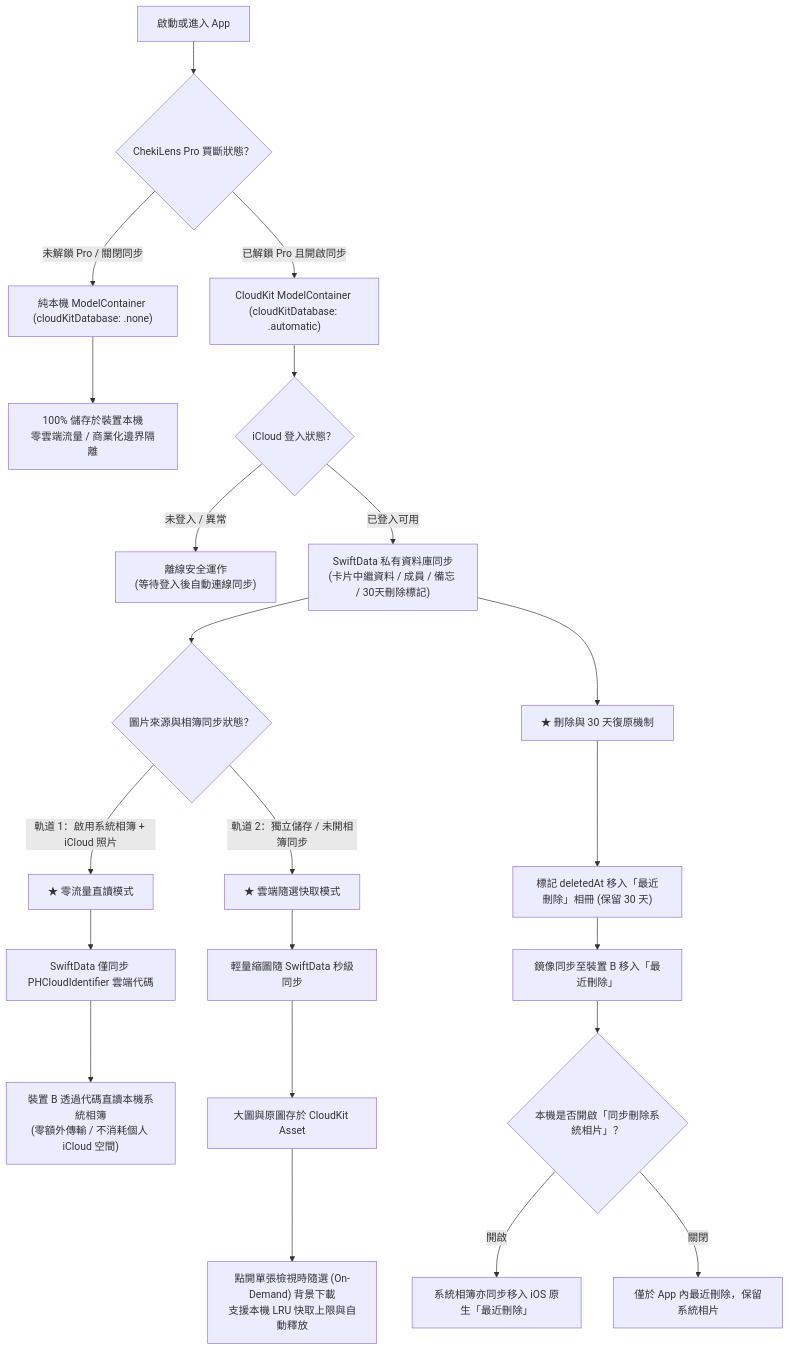
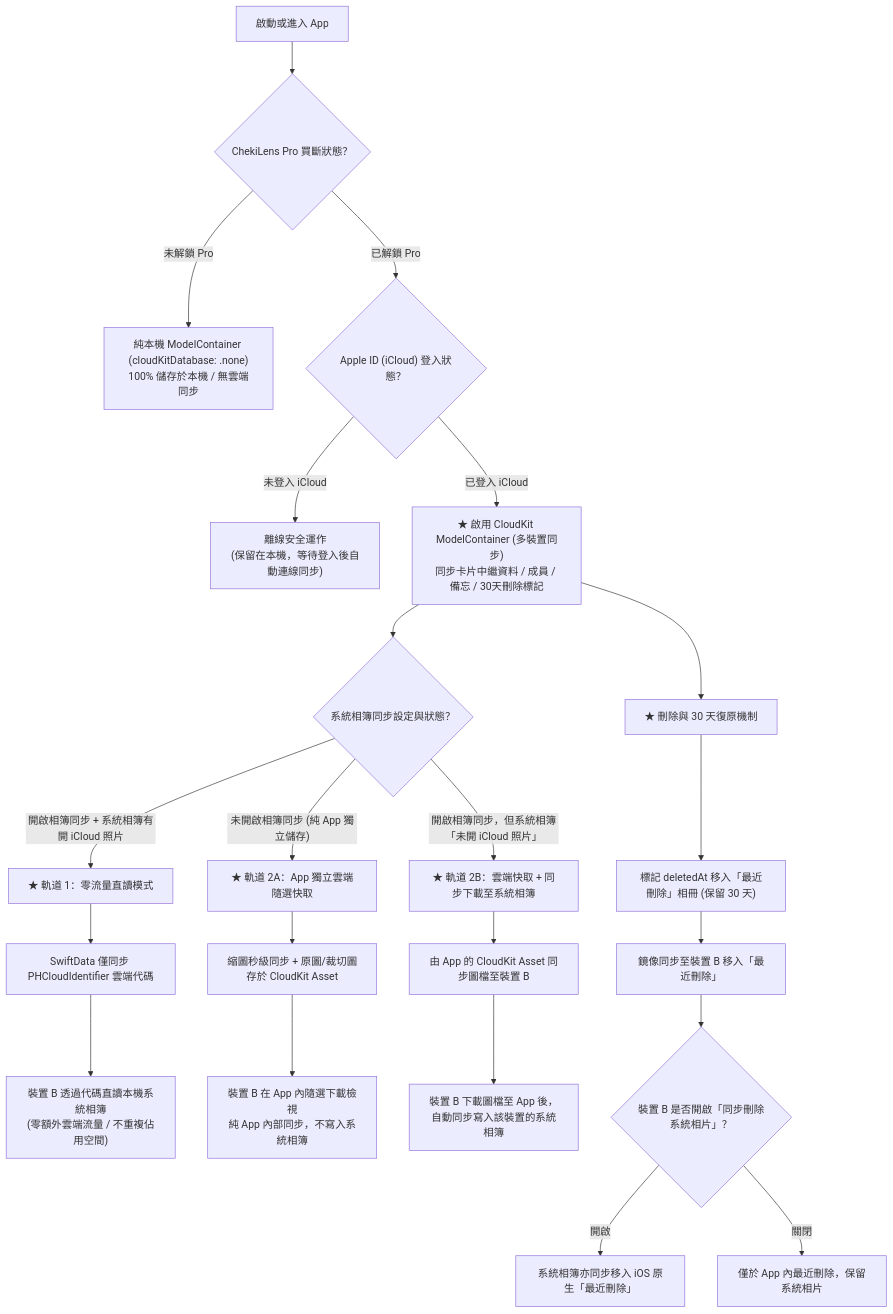
Before and after one commit to wangtc07/cheki-lens: the diagram in docs/ICLOUD_SYNC_ROADMAP.md, drawn with Mermaid. The commit also changed other lines of this file and 1 other file, not shown here.

Commit message:
docs: 修正多裝置同步圖檔雙軌分支（純App內部同步與未開iCloud照片時下載至相簿）

````diff
--- a/docs/ICLOUD_SYNC_ROADMAP.md
+++ b/docs/ICLOUD_SYNC_ROADMAP.md
@@ -10,31 +10,33 @@
 ```mermaid
 flowchart TD
     Start["啟動或進入 App"] --> CheckPro{"ChekiLens Pro 買斷狀態？"}
 
-    CheckPro -->|"未解鎖 Pro / 關閉同步"| LocalStore["純本機 ModelContainer (cloudKitDatabase: .none)"]
-    LocalStore --> LocalOnly["100% 儲存於裝置本機<br/>零雲端流量 / 商業化邊界隔離"]
+    CheckPro -->|"未解鎖 Pro"| FreeLocal["純本機 ModelContainer (cloudKitDatabase: .none)<br/>100% 儲存於本機 / 無雲端同步"]
 
-    CheckPro -->|"已解鎖 Pro 且開啟同步"| CloudStore["CloudKit ModelContainer (cloudKitDatabase: .automatic)"]
-    CloudStore --> CheckiCloud{"iCloud 登入狀態？"}
-    
-    CheckiCloud -->|"未登入 / 異常"| OfflineFallback["離線安全運作<br/>(等待登入後自動連線同步)"]
-    CheckiCloud -->|"已登入可用"| SwiftDataSync["SwiftData 私有資料庫同步<br/>(卡片中繼資料 / 成員 / 備忘 / 30天刪除標記)"]
+    CheckPro -->|"已解鎖 Pro"| CheckiCloud{"Apple ID (iCloud) 登入狀態？"}
 
-    SwiftDataSync --> CheckTrack{"圖片來源與相簿同步狀態？"}
+    CheckiCloud -->|"未登入 iCloud"| ProOffline["離線安全運作<br/>(保留在本機，等待登入後自動連線同步)"]
 
-    CheckTrack -->|"軌道 1：啟用系統相簿 + iCloud 照片"| Track1["★ 零流量直讀模式"]
+    CheckiCloud -->|"已登入 iCloud"| SwiftDataSync["★ 啟用 CloudKit ModelContainer (多裝置同步)<br/>同步卡片中繼資料 / 成員 / 備忘 / 30天刪除標記"]
+
+    SwiftDataSync --> CheckPhotoSync{"系統相簿同步設定與狀態？"}
+
+    CheckPhotoSync -->|"開啟相簿同步 + 系統相簿有開 iCloud 照片"| Track1["★ 軌道 1：零流量直讀模式"]
     Track1 --> T1_1["SwiftData 僅同步 PHCloudIdentifier 雲端代碼"]
-    T1_1 --> T1_2["裝置 B 透過代碼直讀本機系統相簿<br/>(零額外傳輸 / 不消耗個人 iCloud 空間)"]
+    T1_1 --> T1_2["裝置 B 透過代碼直讀本機系統相簿<br/>(零額外雲端流量 / 不重複佔用空間)"]
 
-    CheckTrack -->|"軌道 2：獨立儲存 / 未開相簿同步"| Track2["★ 雲端隨選快取模式"]
-    Track2 --> T2_1["輕量縮圖隨 SwiftData 秒級同步"]
-    T2_1 --> T2_2["大圖與原圖存於 CloudKit Asset"]
-    T2_2 --> T2_3["點開單張檢視時隨選 (On-Demand) 背景下載<br/>支援本機 LRU 快取上限與自動釋放"]
+    CheckPhotoSync -->|"未開啟相簿同步 (純 App 獨立儲存)"| Track2A["★ 軌道 2A：App 獨立雲端隨選快取"]
+    Track2A --> T2A_1["縮圖秒級同步 + 原圖/裁切圖存於 CloudKit Asset"]
+    T2A_1 --> T2A_2["裝置 B 在 App 內隨選下載檢視<br/>純 App 內部同步，不寫入系統相簿"]
+
+    CheckPhotoSync -->|"開啟相簿同步，但系統相簿「未開 iCloud 照片」"| Track2B["★ 軌道 2B：雲端快取 + 同步下載至系統相簿"]
+    Track2B --> T2B_1["由 App 的 CloudKit Asset 同步圖檔至裝置 B"]
+    T2B_1 --> T2B_2["裝置 B 下載圖檔至 App 後，<br/>自動同步寫入該裝置的系統相簿"]
 
     SwiftDataSync --> DeletionFlow["★ 刪除與 30 天復原機制"]
     DeletionFlow --> D1["標記 deletedAt 移入「最近刪除」相冊 (保留 30 天)"]
     D1 --> D2["鏡像同步至裝置 B 移入「最近刪除」"]
-    D2 --> D3{"本機是否開啟「同步刪除系統相片」？"}
+    D2 --> D3{"裝置 B 是否開啟「同步刪除系統相片」？"}
     D3 -->|"開啟"| D4["系統相簿亦同步移入 iOS 原生「最近刪除」"]
     D3 -->|"關閉"| D5["僅於 App 內最近刪除，保留系統相片"]
 ```
````
